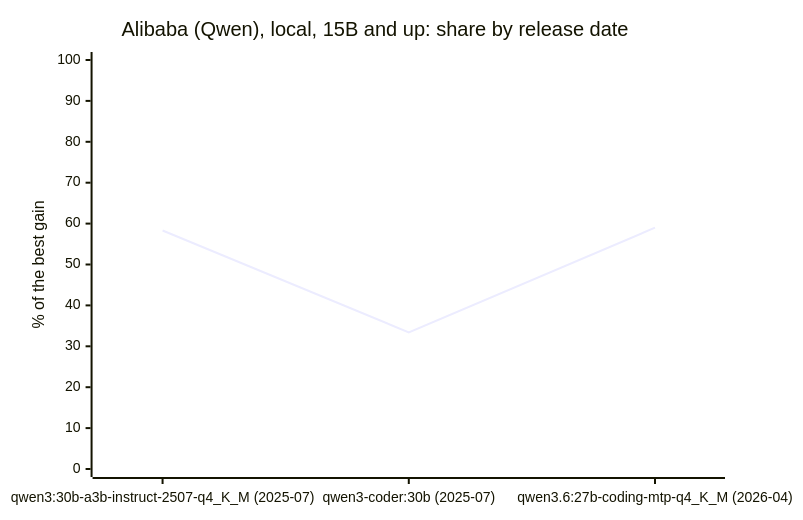
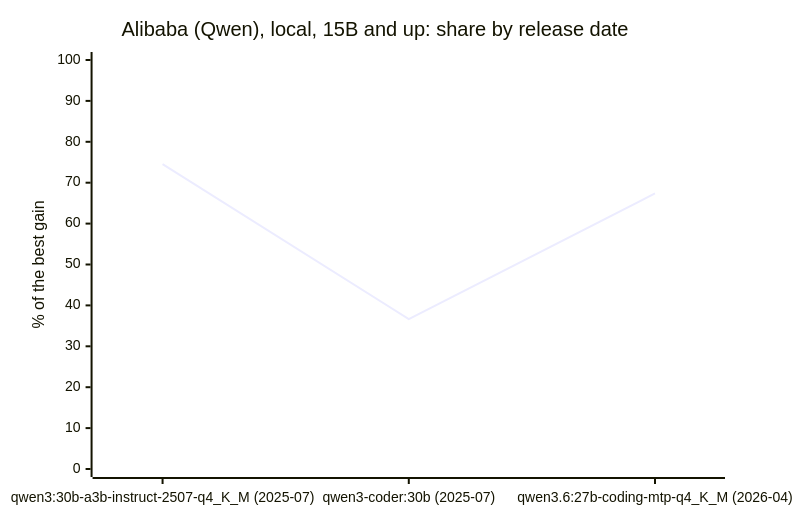
Before and after one commit to cklukas/OMEGA_TRANSFORM: the diagram in docs/benchmarks/developers.md, drawn with Mermaid. The commit also changed other lines of this file and 286 other files, not shown here.

````diff
--- a/docs/benchmarks/developers.md
+++ b/docs/benchmarks/developers.md
@@ -96,7 +94,7 @@
 ```mermaid
 xychart-beta
     title "Alibaba (Qwen), local, 15B and up: share by release date"
     x-axis ["qwen3:30b-a3b-instruct-2507-q4_K_M (2025-07)", "qwen3-coder:30b (2025-07)", "qwen3.6:27b-coding-mtp-q4_K_M (2026-04)"]
     y-axis "% of the best gain" 0 --> 100
-    line [58.31, 33.41, 59]
+    line [74.54, 36.65, 67.38]
 ```
````
